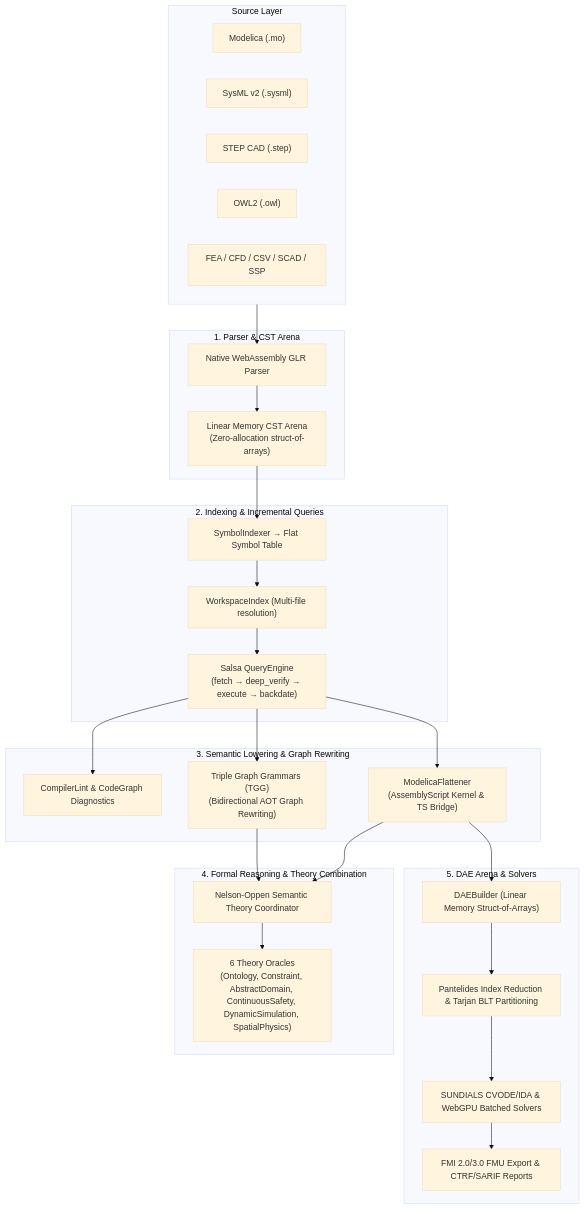
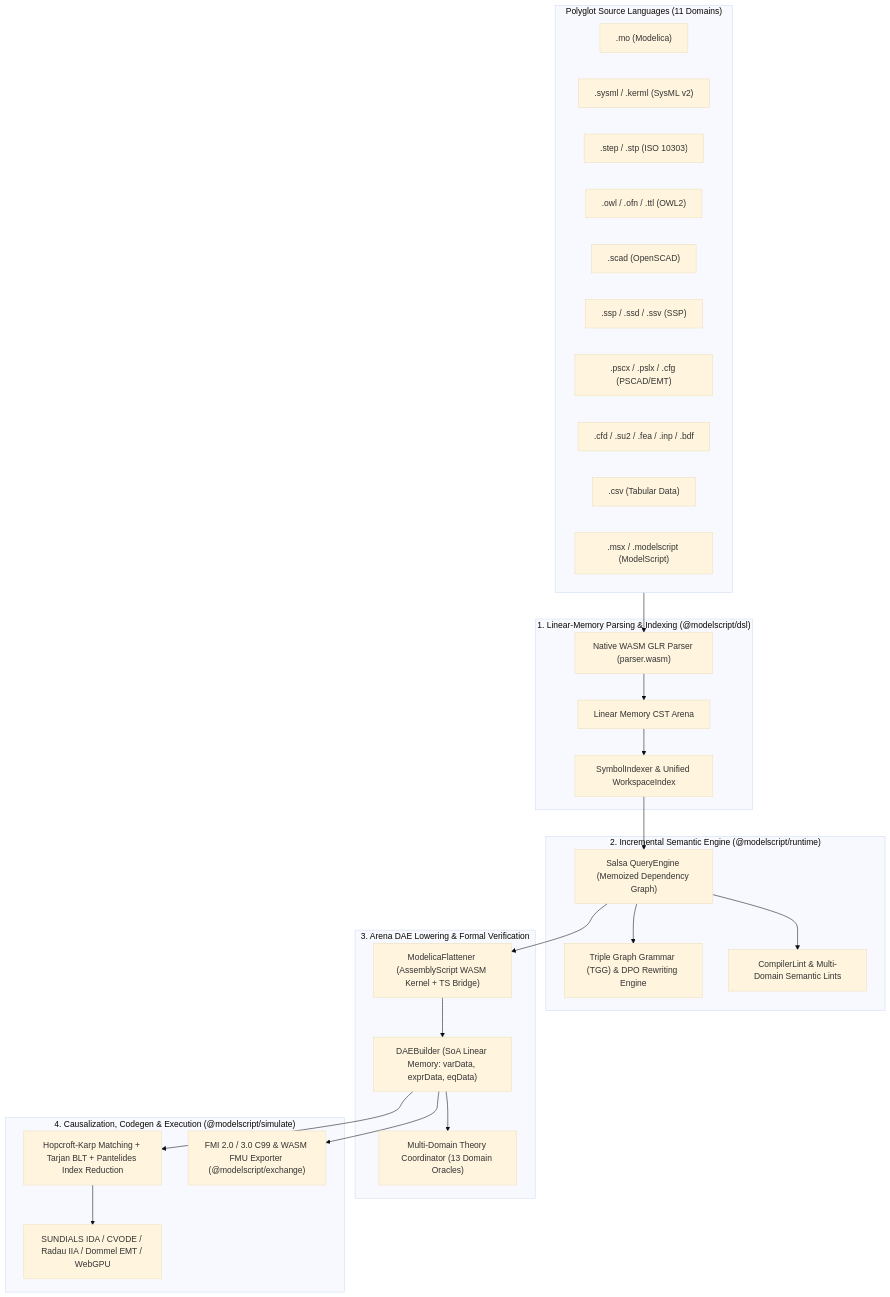
Before and after one commit to modelscript/modelscript: the diagram in apps/docs/docs/architecture/overview.md, drawn with Mermaid (base theme). The commit also changed other lines of this file and 208 other files, not shown here.

Commit message:
feat: add wasm cad/fea kernels, expand diagram routers/emt solvers, add docs

````diff
--- a/apps/docs/docs/architecture/overview.md
+++ b/apps/docs/docs/architecture/overview.md
@@ -11,55 +9,47 @@
 ```mermaid
-flowchart TD
-    subgraph Inputs ["Source Layer"]
-        S_MO["Modelica (.mo)"]
-        S_SYS["SysML v2 (.sysml)"]
-        S_STEP["STEP CAD (.step)"]
-        S_OWL["OWL2 (.owl)"]
-        S_OTHER["FEA / CFD / CSV / SCAD / SSP"]
+flowchart TB
+    subgraph Languages["Polyglot Source Languages (11 Domains)"]
+        MO[".mo (Modelica)"]
+        SYS[".sysml / .kerml (SysML v2)"]
+        STEP[".step / .stp (ISO 10303)"]
+        OWL[".owl / .ofn / .ttl (OWL2)"]
+        SCAD[".scad (OpenSCAD)"]
+        SSP[".ssp / .ssd / .ssv (SSP)"]
+        PSCAD[".pscx / .pslx / .cfg (PSCAD/EMT)"]
+        CAE[".cfd / .su2 / .fea / .inp / .bdf"]
+        CSV[".csv (Tabular Data)"]
+        MSX[".msx / .modelscript (ModelScript)"]
     end
 
-    subgraph ParserLayer ["1. Parser & CST Arena"]
-        P_GLR["Native WebAssembly GLR Parser"]
-        CST["Linear Memory CST Arena\n(Zero-allocation struct-of-arrays)"]
+    subgraph Frontend["1. Linear-Memory Parsing & Indexing (@modelscript/dsl)"]
+        GLR["Native WASM GLR Parser (parser.wasm)"]
+        CST["Linear Memory CST Arena"]
+        IDX["SymbolIndexer & Unified WorkspaceIndex"]
     end
 
-    subgraph IndexingLayer ["2. Indexing & Incremental Queries"]
-        SI["SymbolIndexer → Flat Symbol Table"]
-        WI["WorkspaceIndex (Multi-file resolution)"]
-        QE["Salsa QueryEngine\n(fetch → deep_verify → execute → backdate)"]
+    subgraph Semantics["2. Incremental Semantic Engine (@modelscript/runtime)"]
+        SALSA["Salsa QueryEngine (Memoized Dependency Graph)"]
+        TGG["Triple Graph Grammar (TGG) & DPO Rewriting Engine"]
+        LINT["CompilerLint & Multi-Domain Semantic Lints"]
     end
 
-    subgraph TransformationLayer ["3. Semantic Lowering & Graph Rewriting"]
-        LINT["CompilerLint & CodeGraph Diagnostics"]
-        TGG["Triple Graph Grammars (TGG)\n(Bidirectional AOT Graph Rewriting)"]
-        FLAT["ModelicaFlattener\n(AssemblyScript Kernel & TS Bridge)"]
+    subgraph Lowering["3. Arena DAE Lowering & Formal Verification"]
+        FLAT["ModelicaFlattener (AssemblyScript WASM Kernel + TS Bridge)"]
+        DAE["DAEBuilder (SoA Linear Memory: varData, exprData, eqData)"]
+        THEORY["Multi-Domain Theory Coordinator (13 Domain Oracles)"]
     end
 
-    subgraph VerificationLayer ["4. Formal Reasoning & Theory Combination"]
-        NO["Nelson-Oppen Semantic Theory Coordinator"]
-        THEORIES["6 Theory Oracles\n(Ontology, Constraint, AbstractDomain, ContinuousSafety, DynamicSimulation, SpatialPhysics)"]
+    subgraph Backend["4. Causalization, Codegen & Execution (@modelscript/simulate)"]
+        BLT["Hopcroft-Karp Matching + Tarjan BLT + Pantelides Index Reduction"]
+        SOLVE["SUNDIALS IDA / CVODE / Radau IIA / Dommel EMT / WebGPU"]
+        FMU["FMI 2.0 / 3.0 C99 & WASM FMU Exporter (@modelscript/exchange)"]
     end
 
-    subgraph ExecutionLayer ["5. DAE Arena & Solvers"]
-        DAE["DAEBuilder (Linear Memory Struct-of-Arrays)"]
-        TRANS["Pantelides Index Reduction & Tarjan BLT Partitioning"]
-        SOLV["SUNDIALS CVODE/IDA & WebGPU Batched Solvers"]
-        EXP["FMI 2.0/3.0 FMU Export & CTRF/SARIF Reports"]
-    end
-
-    Inputs --> P_GLR
-    P_GLR --> CST
-    CST --> SI
-    SI --> WI
-    WI --> QE
-    QE --> LINT
-    QE --> TGG
-    QE --> FLAT
-    TGG --> NO
-    FLAT --> NO
-    NO --> THEORIES
-    FLAT --> DAE
-    DAE --> TRANS
-    TRANS --> SOLV
-    SOLV --> EXP
+    Languages --> GLR --> CST --> IDX --> SALSA
+    SALSA --> LINT
+    SALSA --> TGG
+    SALSA --> FLAT --> DAE
+    DAE --> THEORY
+    DAE --> BLT --> SOLVE
+    DAE --> FMU
 ```
````
